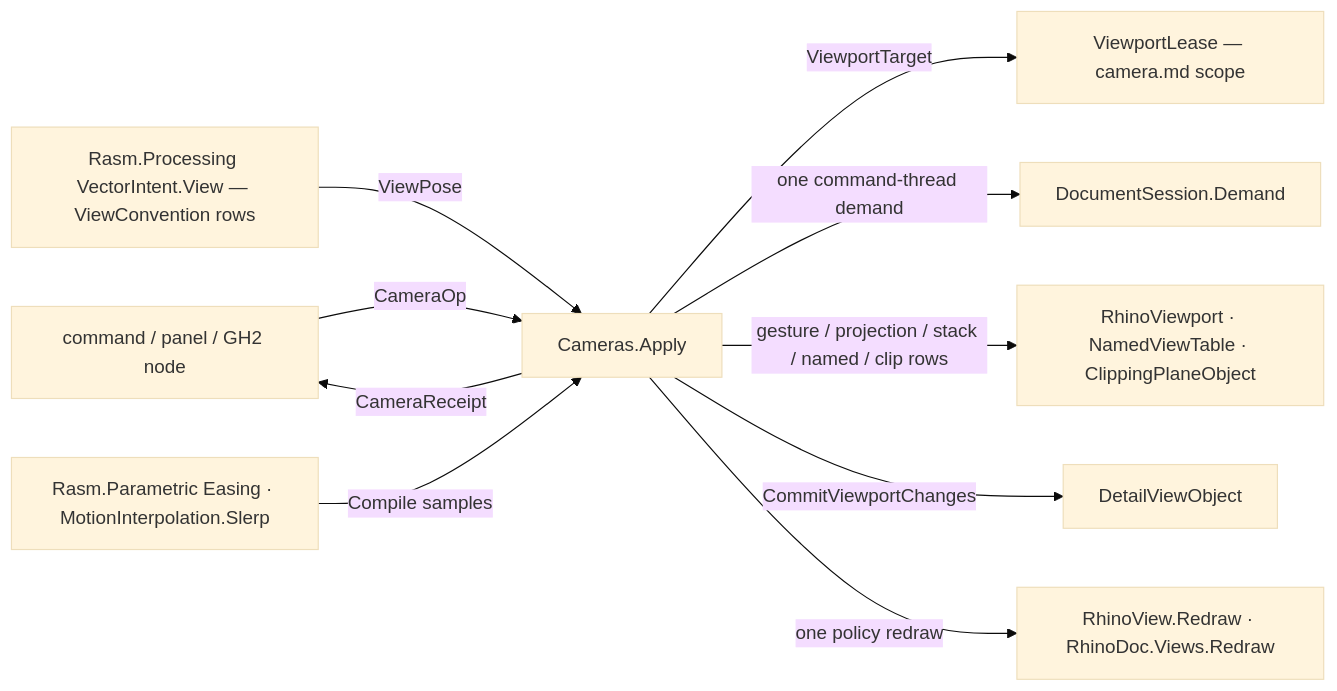
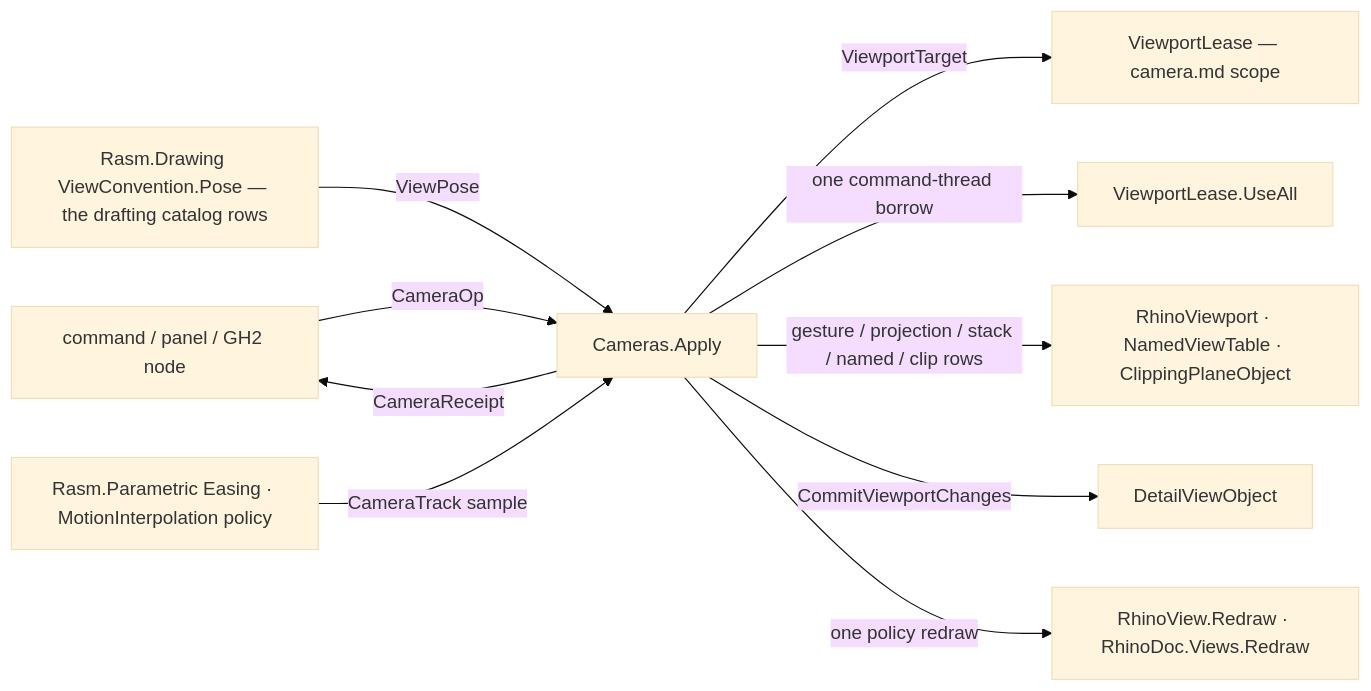
The diagram in libs/csharp/Rasm.Rhino/.planning/Viewport/operations.md (bsamiee/Rasm), drawn with Mermaid (base theme) before and after one commit. The commit also changed other lines of this file and 70 other files, not shown here.

First line of the commit message:
libs/csharp/Rasm.Rhino/.planning: rounds 1-6 review campaign — Rhino host planning corpus, all folders; LOCAL slice for greptile

````diff
--- a/libs/csharp/Rasm.Rhino/.planning/Viewport/operations.md
+++ b/libs/csharp/Rasm.Rhino/.planning/Viewport/operations.md
@@ -411,12 +789,12 @@
 ```mermaid
 flowchart LR
     Consumer["command / panel / GH2 node"] -->|CameraOp| Rail["Cameras.Apply"]
     Rail -->|ViewportTarget| Lease["ViewportLease — camera.md scope"]
-    Rail -->|one command-thread demand| Host["DocumentSession.Demand"]
-    Intent["Rasm.Processing VectorIntent.View — ViewConvention rows"] -->|ViewPose| Rail
-    Kernel["Rasm.Parametric Easing · MotionInterpolation.Slerp"] -->|Compile samples| Rail
+    Rail -->|one command-thread borrow| Host["ViewportLease.UseAll"]
+    Intent["Rasm.Drawing ViewConvention.Pose — the drafting catalog rows"] -->|ViewPose| Rail
+    Kernel["Rasm.Parametric Easing · MotionInterpolation policy"] -->|CameraTrack sample| Rail
     Rail -->|gesture / projection / stack / named / clip rows| Viewport["RhinoViewport · NamedViewTable · ClippingPlaneObject"]
     Rail -->|CommitViewportChanges| Detail["DetailViewObject"]
     Rail -->|one policy redraw| Redraw["RhinoView.Redraw · RhinoDoc.Views.Redraw"]
     Rail -->|CameraReceipt| Consumer
 ```
````
